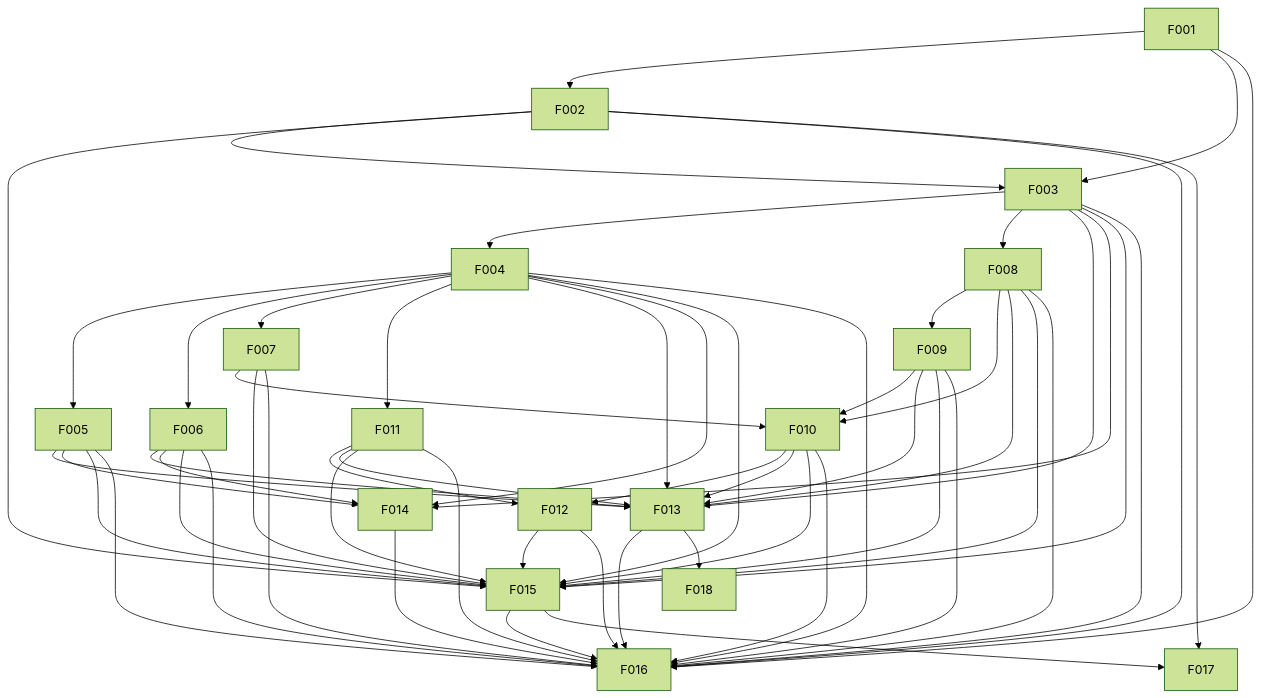
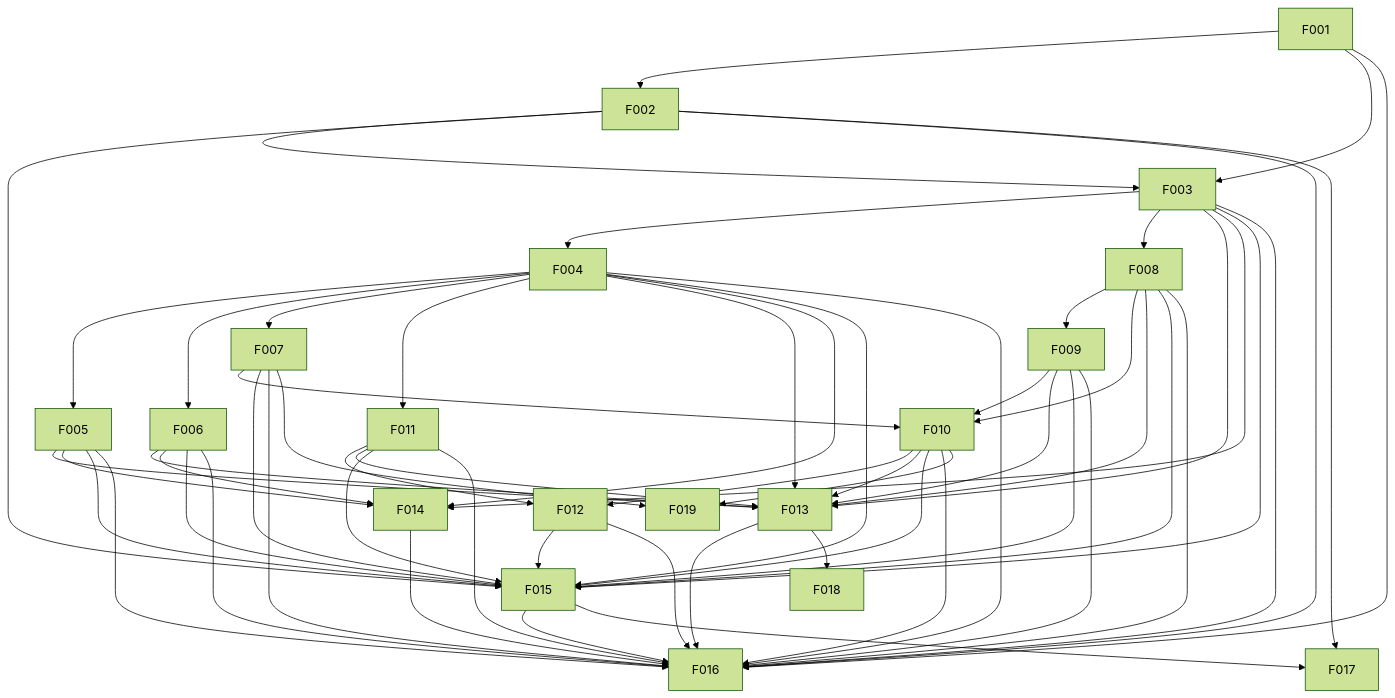
Before and after one commit to 47oo/csm: the diagram in docs/project/dependency-map.md, drawn with Mermaid (forest theme). The commit also changed other lines of this file and 5 other files, not shown here.

````diff
--- a/docs/project/dependency-map.md
+++ b/docs/project/dependency-map.md
@@ -9,77 +9,80 @@
 ```mermaid
 flowchart TD
     n0["F001"]
     n1["F002"]
     n2["F003"]
     n3["F004"]
     n4["F005"]
     n5["F006"]
     n6["F007"]
     n7["F008"]
     n8["F009"]
     n9["F010"]
     n10["F011"]
     n11["F012"]
     n12["F013"]
     n13["F014"]
     n14["F015"]
     n15["F016"]
     n16["F017"]
     n17["F018"]
+    n18["F019"]
     n0 --> n1
     n0 --> n2
     n1 --> n2
     n2 --> n3
     n3 --> n4
     n3 --> n5
     n3 --> n6
     n2 --> n7
     n7 --> n8
     n6 --> n9
     n7 --> n9
     n8 --> n9
     n3 --> n10
     n9 --> n11
     n10 --> n11
     n2 --> n12
     n3 --> n12
     n4 --> n12
     n5 --> n12
     n7 --> n12
     n8 --> n12
     n9 --> n12
     n10 --> n12
     n2 --> n13
     n3 --> n13
     n4 --> n13
     n5 --> n13
     n1 --> n14
     n2 --> n14
     n3 --> n14
     n4 --> n14
     n5 --> n14
     n6 --> n14
     n7 --> n14
     n8 --> n14
     n9 --> n14
     n10 --> n14
     n11 --> n14
     n0 --> n15
     n1 --> n15
     n2 --> n15
     n3 --> n15
     n4 --> n15
     n5 --> n15
     n6 --> n15
     n7 --> n15
     n8 --> n15
     n9 --> n15
     n10 --> n15
     n11 --> n15
     n12 --> n15
     n13 --> n15
     n14 --> n15
     n1 --> n16
     n14 --> n16
     n12 --> n17
+    n6 --> n18
+    n9 --> n18
 ```
````
